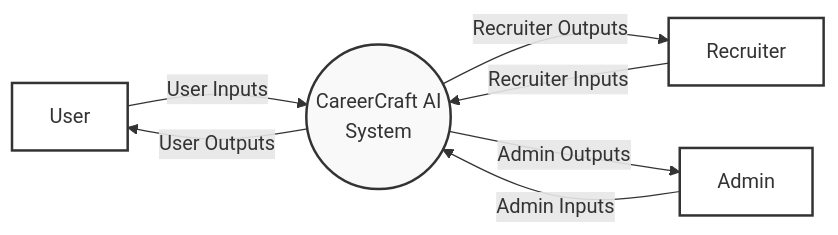
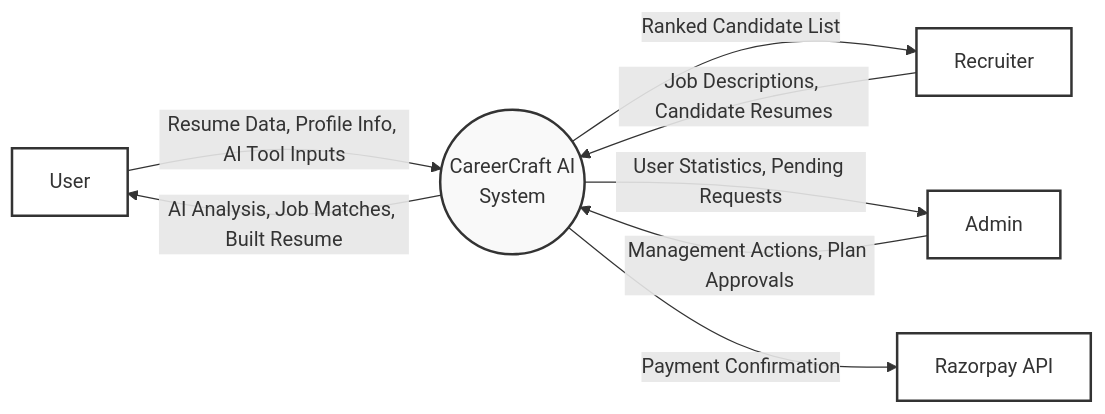
Before and after one commit to Hit246/carrercraftai: the first of 4 diagrams in PROJECT_REPORT.md, drawn with Mermaid. The commit also changed other lines of this file and 1 other file, not shown here.

````diff
--- a/PROJECT_REPORT.md
+++ b/PROJECT_REPORT.md
@@ -272,15 +424,17 @@
 ```mermaid
 graph LR
-    U[User] -->|User Inputs| P0((CareerCraft AI<br>System))
-    R[Recruiter] -->|Recruiter Inputs| P0
-    A[Admin] -->|Admin Inputs| P0
+    U[User] -->|Resume Data, Profile Info, AI Tool Inputs| P0((CareerCraft AI<br>System))
+    R[Recruiter] -->|Job Descriptions, Candidate Resumes| P0
+    A[Admin] -->|Management Actions, Plan Approvals| P0
     
-    P0 -->|User Outputs| U
-    P0 -->|Recruiter Outputs| R
-    P0 -->|Admin Outputs| A
+    P0 -->|AI Analysis, Job Matches, Built Resume| U
+    P0 -->|Ranked Candidate List| R
+    P0 -->|User Statistics, Pending Requests| A
+    P0 -->|Payment Confirmation| RZP[Razorpay API]
 
     style U fill:#fff,stroke:#333,stroke-width:2px
     style R fill:#fff,stroke:#333,stroke-width:2px
     style A fill:#fff,stroke:#333,stroke-width:2px
+    style RZP fill:#fff,stroke:#333,stroke-width:2px
     style P0 fill:#f9f9f9,stroke:#333,stroke-width:2px
 ```
````
